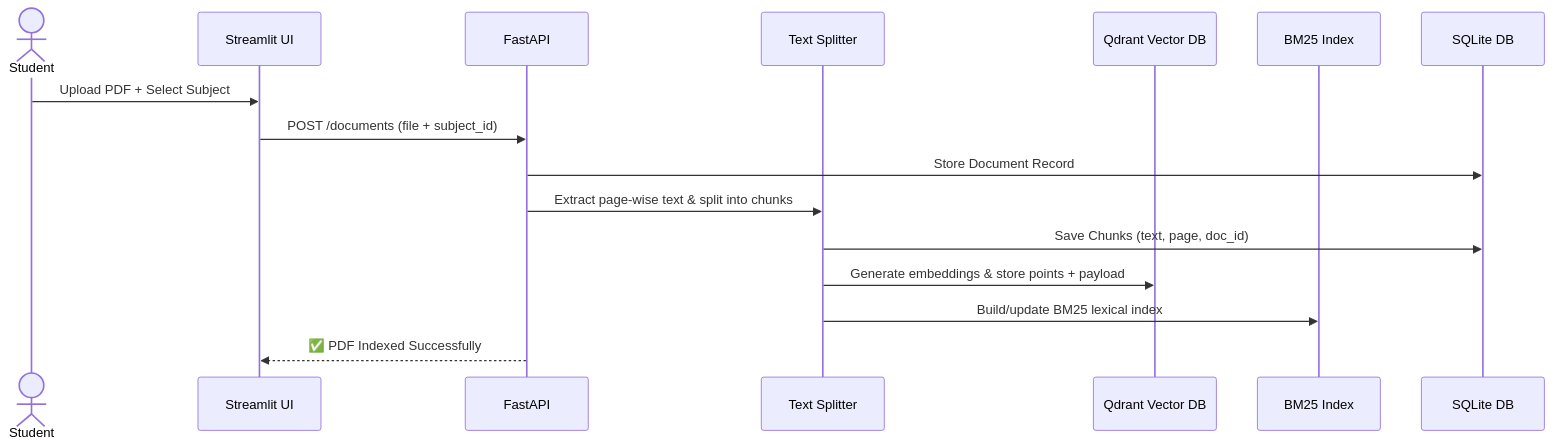
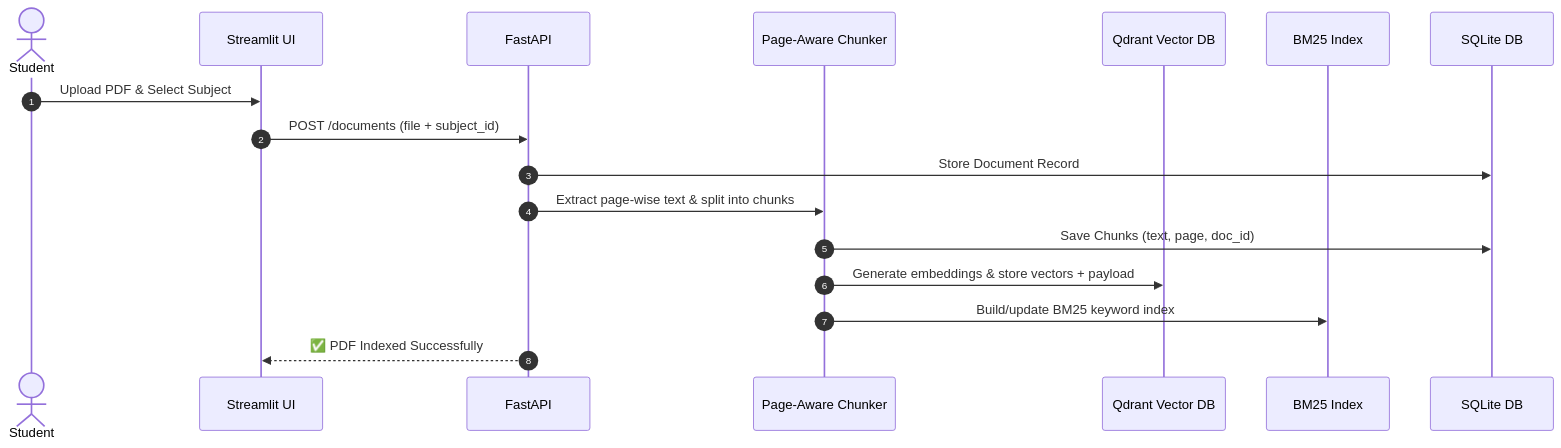
Before and after one commit to khaleek696-art/Academic_RAG: the second of 3 diagrams in README.md, drawn with Mermaid. The commit also changed other lines of this file, not shown here.

Commit message:
Redesign Mermaid diagrams and tables for crisp rendering on GitHub

````diff
--- a/README.md
+++ b/README.md
@@ -106,19 +113,20 @@
 ```mermaid
 sequenceDiagram
+    autonumber
     actor Student
     participant UI as Streamlit UI
     participant API as FastAPI
-    participant Chunker as Text Splitter
+    participant Chunker as Page-Aware Chunker
     participant Qdrant as Qdrant Vector DB
     participant BM25 as BM25 Index
     participant DB as SQLite DB
 
-    Student->>UI: Upload PDF + Select Subject
+    Student->>UI: Upload PDF & Select Subject
     UI->>API: POST /documents (file + subject_id)
     API->>DB: Store Document Record
     API->>Chunker: Extract page-wise text & split into chunks
     Chunker->>DB: Save Chunks (text, page, doc_id)
-    Chunker->>Qdrant: Generate embeddings & store points + payload
-    Chunker->>BM25: Build/update BM25 lexical index
+    Chunker->>Qdrant: Generate embeddings & store vectors + payload
+    Chunker->>BM25: Build/update BM25 keyword index
     API-->>UI: ✅ PDF Indexed Successfully
 ```
````
